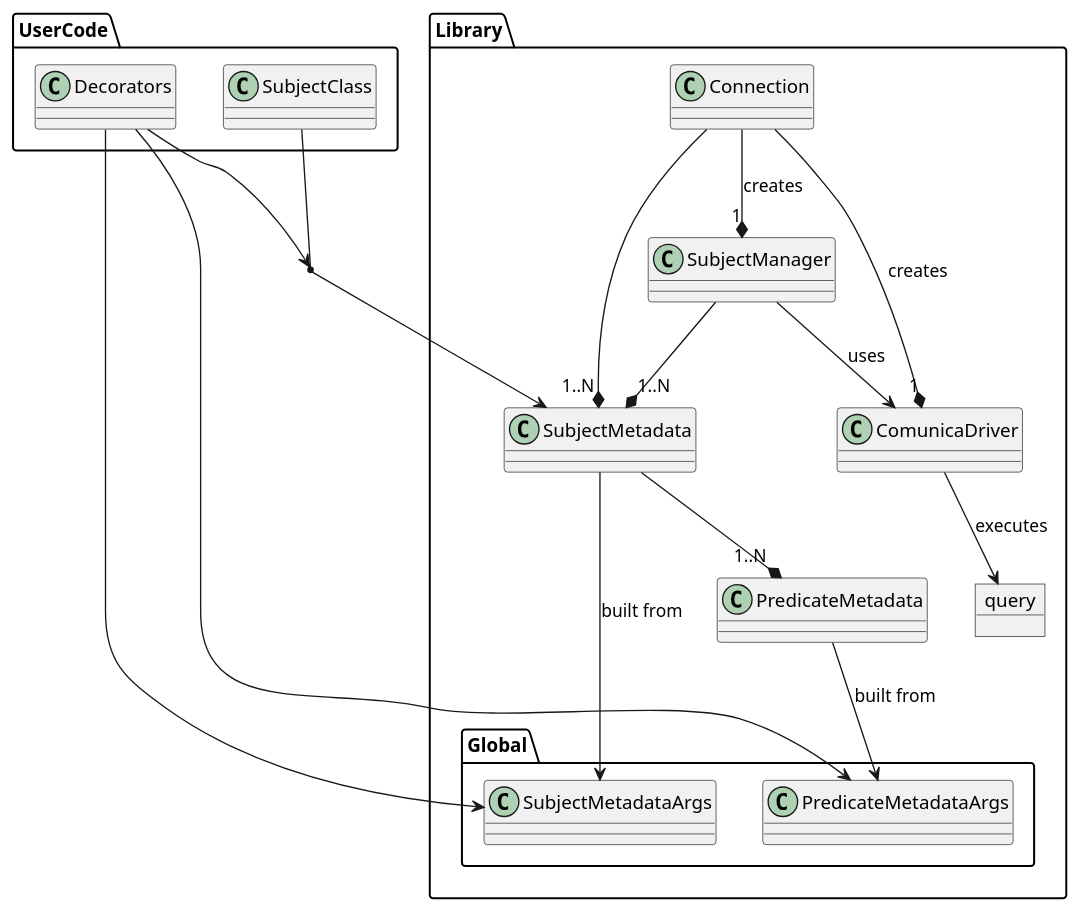
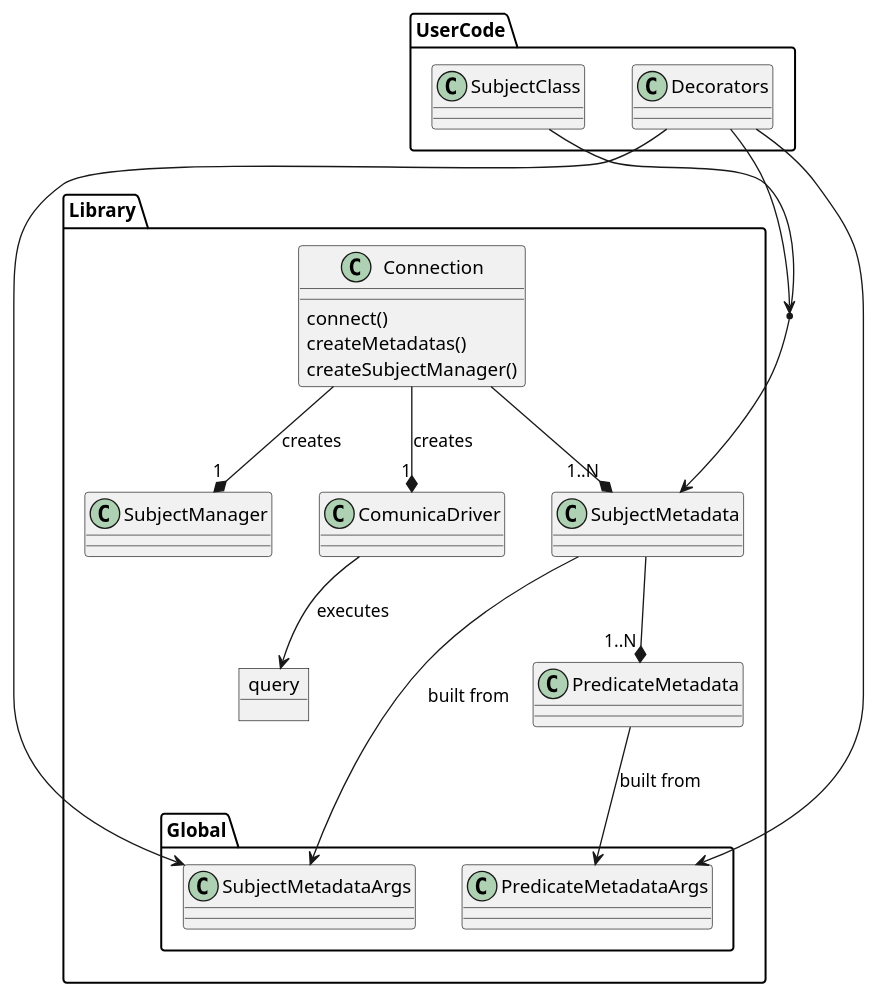
Before and after one commit to remodietlicher/graphorm: the diagram in doc/uml.puml, drawn with PlantUML.

Commit message:
specify connection in UML

```diff
--- a/doc/uml.puml
+++ b/doc/uml.puml
@@ -1,40 +1,41 @@
 @startuml sparql-orm
 
 namespace Library {
     object query
-    class Connection
+    class Connection {
+        connect()
+        createMetadatas()
+        createSubjectManager()
+    }
     class SubjectManager
     class SubjectMetadata
     class PredicateMetadata
     class ComunicaDriver
 
     namespace Global {
         class SubjectMetadataArgs
         class PredicateMetadataArgs
     }
 }
 
 namespace UserCode {
     class Decorators
     class SubjectClass
 }
 
 Library.Connection --* "1..N" Library.SubjectMetadata
 Library.Connection --* "1" Library.SubjectManager: creates
 Library.Connection --* "1" Library.ComunicaDriver: creates
 
-Library.SubjectManager --> Library.ComunicaDriver: uses
-Library.SubjectManager --* "1..N" Library.SubjectMetadata
-
 Library.SubjectMetadata --> Library.Global.SubjectMetadataArgs: built from
 Library.SubjectMetadata --* "1..N" Library.PredicateMetadata
 
 Library.PredicateMetadata --> Library.Global.PredicateMetadataArgs: built from
 
 Library.ComunicaDriver --> query: executes
 
 UserCode.SubjectClass --> Library.SubjectMetadata
 UserCode.Decorators --> (UserCode.SubjectClass, Library.SubjectMetadata)
 UserCode.Decorators --> Library.Global.SubjectMetadataArgs
 UserCode.Decorators --> Library.Global.PredicateMetadataArgs
 @enduml
```
